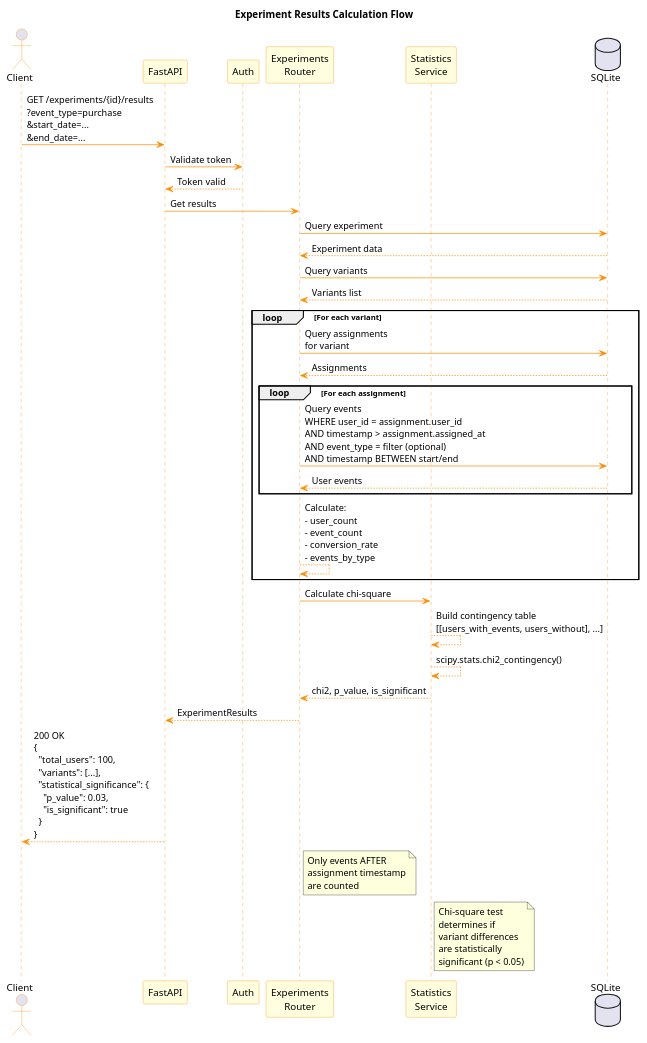
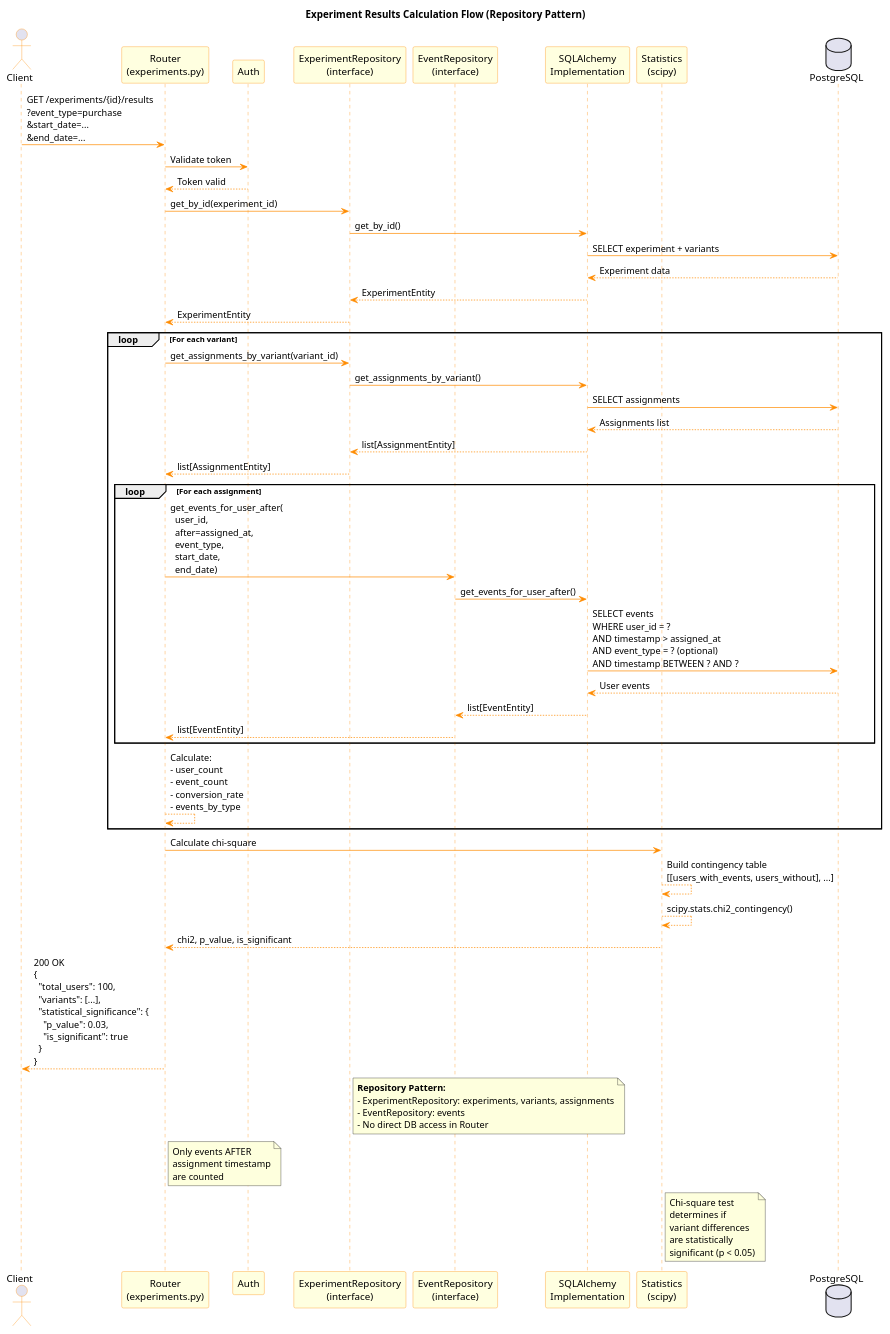
Before and after one commit to huangyingw/neonblue_ab_testing_api: the diagram in docs/diagrams/results-sequence.puml, drawn with PlantUML. The commit also changed 4 other files, not shown here.

First line of the commit message:
Update PlantUML diagrams for PostgreSQL and Repository pattern

```diff
--- a/docs/diagrams/results-sequence.puml
+++ b/docs/diagrams/results-sequence.puml
@@ -1,67 +1,82 @@
 @startuml Results Calculation
 
 skinparam backgroundColor white
 skinparam sequence {
     ArrowColor DarkOrange
     ActorBorderColor DarkOrange
     LifeLineBorderColor DarkOrange
     ParticipantBackgroundColor LightYellow
     ParticipantBorderColor DarkOrange
 }
 
-title Experiment Results Calculation Flow
+title Experiment Results Calculation Flow (Repository Pattern)
 
 actor Client
-participant "FastAPI" as API
+participant "Router\n(experiments.py)" as Router
 participant "Auth" as Auth
-participant "Experiments\nRouter" as Router
-participant "Statistics\nService" as Stats
-database "SQLite" as DB
+participant "ExperimentRepository\n(interface)" as ExpRepo
+participant "EventRepository\n(interface)" as EventRepo
+participant "SQLAlchemy\nImplementation" as Impl
+participant "Statistics\n(scipy)" as Stats
+database "PostgreSQL" as DB
 
-Client -> API : GET /experiments/{id}/results\n?event_type=purchase\n&start_date=...\n&end_date=...
-API -> Auth : Validate token
-Auth --> API : Token valid
+Client -> Router : GET /experiments/{id}/results\n?event_type=purchase\n&start_date=...\n&end_date=...
+Router -> Auth : Validate token
+Auth --> Router : Token valid
 
-API -> Router : Get results
-Router -> DB : Query experiment
-DB --> Router : Experiment data
-
-Router -> DB : Query variants
-DB --> Router : Variants list
+Router -> ExpRepo : get_by_id(experiment_id)
+ExpRepo -> Impl : get_by_id()
+Impl -> DB : SELECT experiment + variants
+DB --> Impl : Experiment data
+Impl --> ExpRepo : ExperimentEntity
+ExpRepo --> Router : ExperimentEntity
 
 loop For each variant
-    Router -> DB : Query assignments\nfor variant
-    DB --> Router : Assignments
+    Router -> ExpRepo : get_assignments_by_variant(variant_id)
+    ExpRepo -> Impl : get_assignments_by_variant()
+    Impl -> DB : SELECT assignments
+    DB --> Impl : Assignments list
+    Impl --> ExpRepo : list[AssignmentEntity]
+    ExpRepo --> Router : list[AssignmentEntity]
 
     loop For each assignment
-        Router -> DB : Query events\nWHERE user_id = assignment.user_id\nAND timestamp > assignment.assigned_at\nAND event_type = filter (optional)\nAND timestamp BETWEEN start/end
-        DB --> Router : User events
+        Router -> EventRepo : get_events_for_user_after(\n  user_id,\n  after=assigned_at,\n  event_type,\n  start_date,\n  end_date)
+        EventRepo -> Impl : get_events_for_user_after()
+        Impl -> DB : SELECT events\nWHERE user_id = ?\nAND timestamp > assigned_at\nAND event_type = ? (optional)\nAND timestamp BETWEEN ? AND ?
+        DB --> Impl : User events
+        Impl --> EventRepo : list[EventEntity]
+        EventRepo --> Router : list[EventEntity]
     end
 
     Router --> Router : Calculate:\n- user_count\n- event_count\n- conversion_rate\n- events_by_type
 end
 
 Router -> Stats : Calculate chi-square
 Stats --> Stats : Build contingency table\n[[users_with_events, users_without], ...]
 Stats --> Stats : scipy.stats.chi2_contingency()
 Stats --> Router : chi2, p_value, is_significant
 
-Router --> API : ExperimentResults
+Router --> Client : 200 OK\n{\n  "total_users": 100,\n  "variants": [...],\n  "statistical_significance": {\n    "p_value": 0.03,\n    "is_significant": true\n  }\n}
 
-API --> Client : 200 OK\n{\n  "total_users": 100,\n  "variants": [...],\n  "statistical_significance": {\n    "p_value": 0.03,\n    "is_significant": true\n  }\n}
+note right of ExpRepo
+  **Repository Pattern:**
+  - ExperimentRepository: experiments, variants, assignments
+  - EventRepository: events
+  - No direct DB access in Router
+end note
 
 note right of Router
   Only events AFTER
   assignment timestamp
   are counted
 end note
 
 note right of Stats
   Chi-square test
   determines if
   variant differences
   are statistically
   significant (p < 0.05)
 end note
 
 @enduml
```
